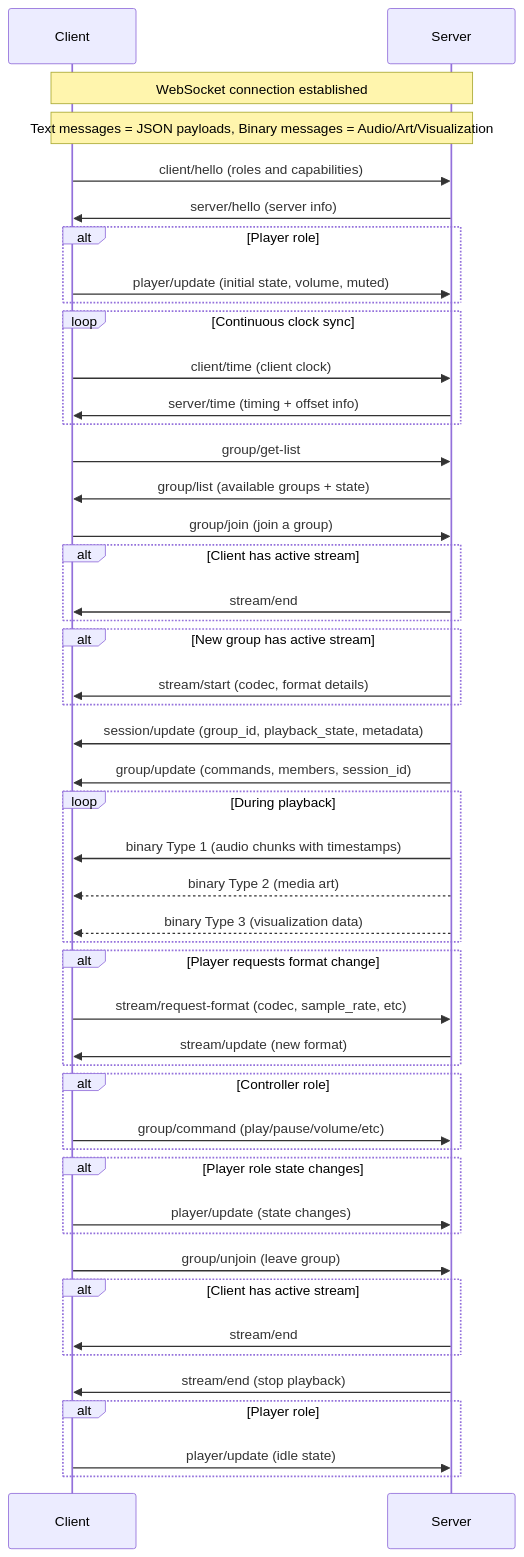
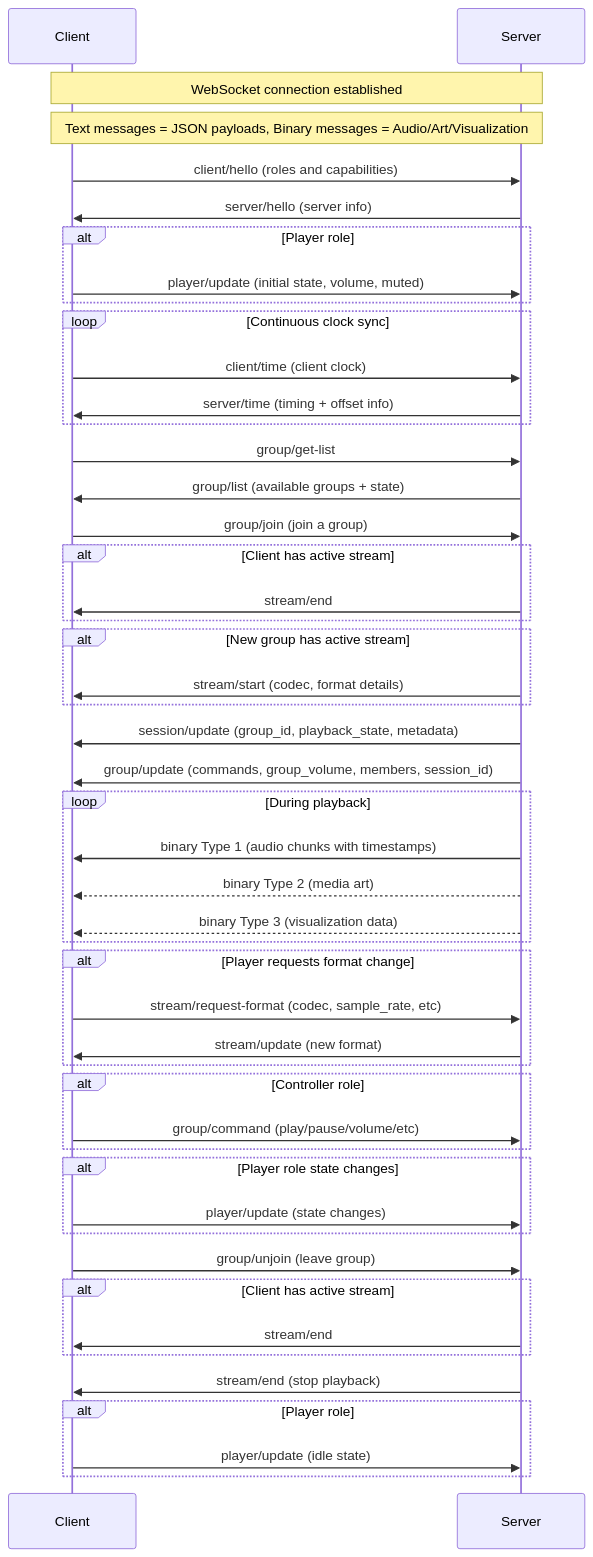
One commit to Resonate-Protocol/spec changed the diagram in README.md. Above: the diagram before and after it, drawn with Mermaid. The commit also changed other lines of this file, not shown here.

Commit message:
add volume/mute state to `group/update`

````diff
--- a/README.md
+++ b/README.md
@@ -60,64 +60,64 @@
 ```mermaid
 sequenceDiagram
     participant Client
     participant Server
 
     Note over Client,Server: WebSocket connection established
 
     Note over Client,Server: Text messages = JSON payloads, Binary messages = Audio/Art/Visualization
 
     Client->>Server: client/hello (roles and capabilities)
     Server->>Client: server/hello (server info)
 
     alt Player role
         Client->>Server: player/update (initial state, volume, muted)
     end
 
     loop Continuous clock sync
         Client->>Server: client/time (client clock)
         Server->>Client: server/time (timing + offset info)
     end
 
     Client->>Server: group/get-list
     Server->>Client: group/list (available groups + state)
 
     Client->>Server: group/join (join a group)
     alt Client has active stream
         Server->>Client: stream/end
     end
     alt New group has active stream
         Server->>Client: stream/start (codec, format details)
     end
 
     Server->>Client: session/update (group_id, playback_state, metadata)
-    Server->>Client: group/update (commands, members, session_id)
+    Server->>Client: group/update (commands, group_volume, members, session_id)
 
     loop During playback
         Server->>Client: binary Type 1 (audio chunks with timestamps)
         Server-->>Client: binary Type 2 (media art)
         Server-->>Client: binary Type 3 (visualization data)
     end
 
     alt Player requests format change
         Client->>Server: stream/request-format (codec, sample_rate, etc)
         Server->>Client: stream/update (new format)
     end
 
     alt Controller role
         Client->>Server: group/command (play/pause/volume/etc)
     end
 
     alt Player role state changes
         Client->>Server: player/update (state changes)
     end
 
     Client->>Server: group/unjoin (leave group)
     alt Client has active stream
         Server->>Client: stream/end
     end
 
     Server->>Client: stream/end (stop playback)
     alt Player role
         Client->>Server: player/update (idle state)
     end
 ```
````
